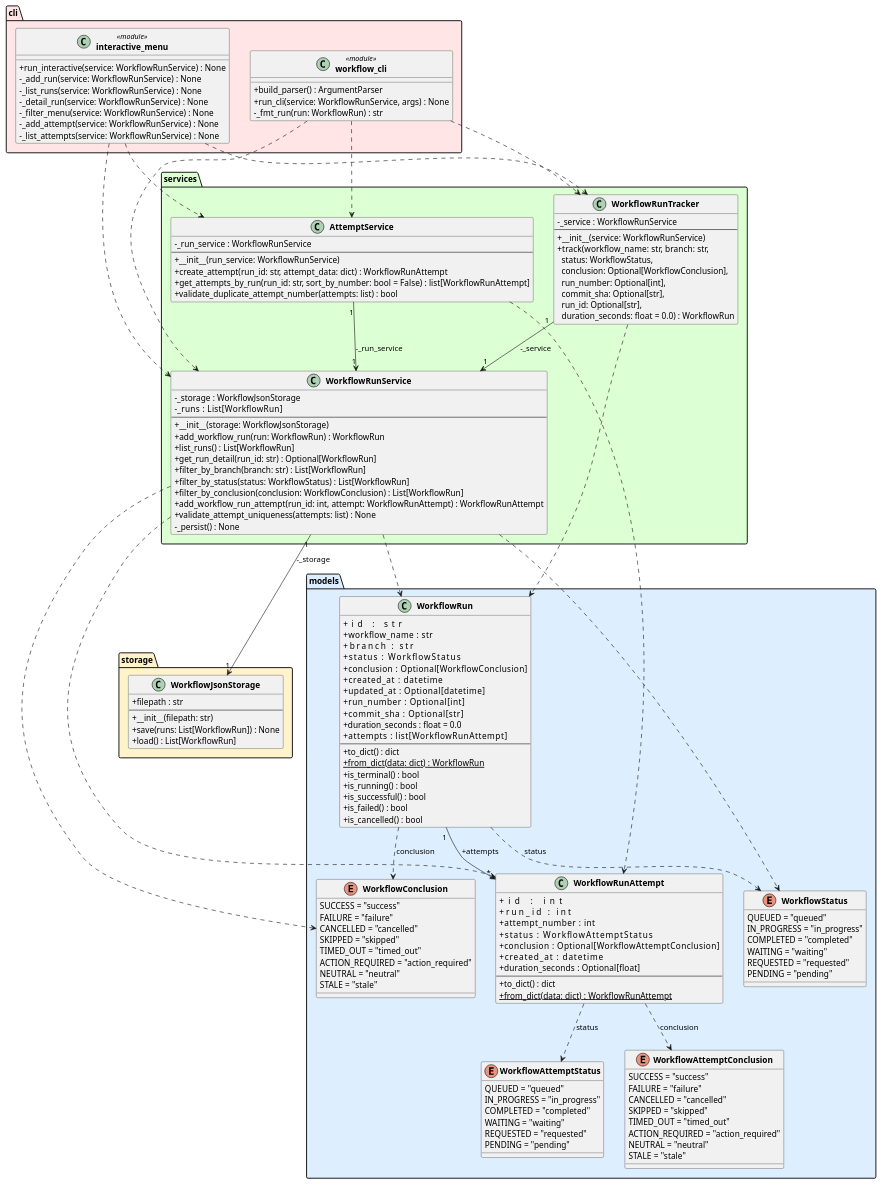
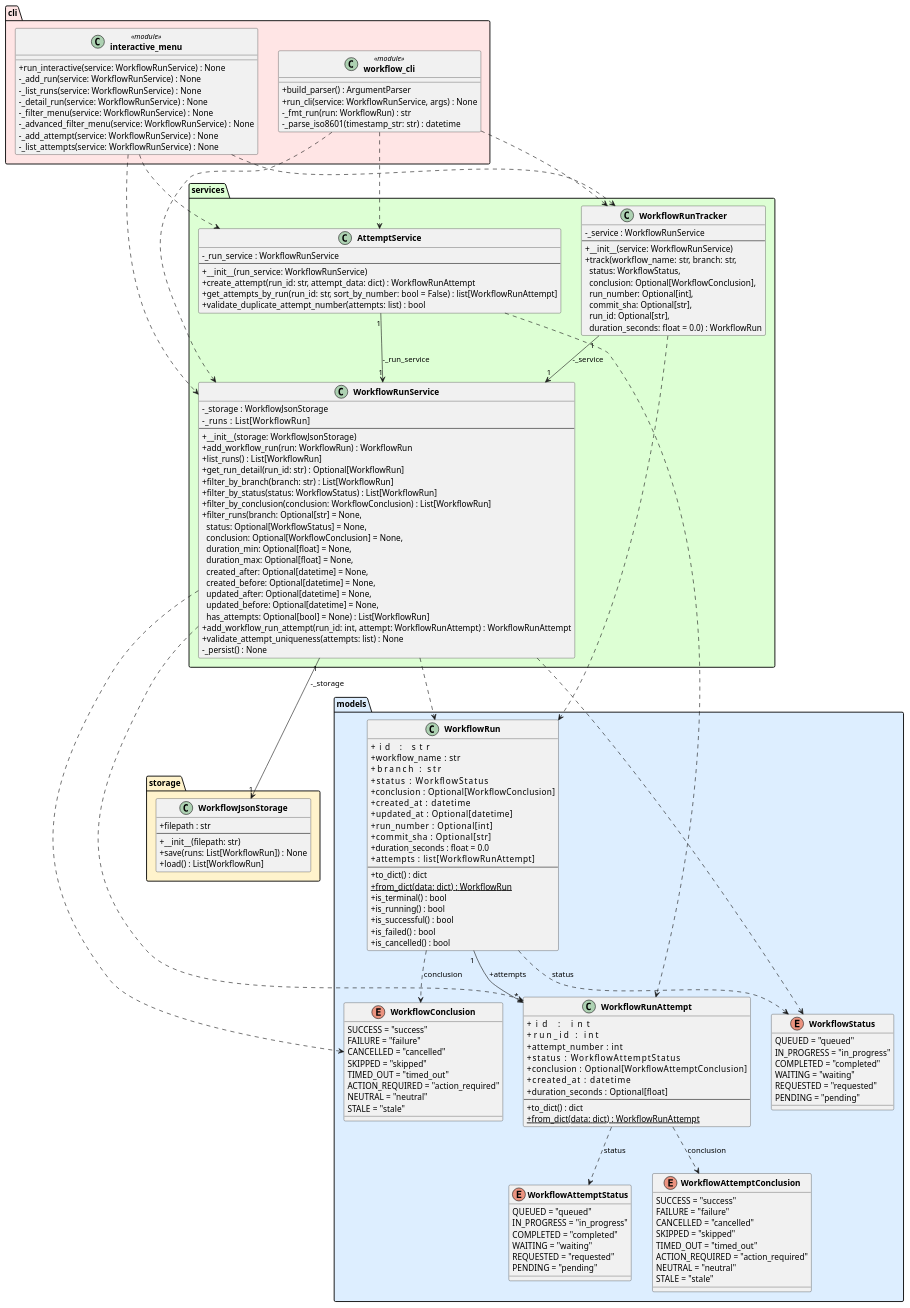
One commit to DanielRiha8906/Software_autoevolution_using_agents changed the diagram in experiments/supervisor_as_tools/user_stories/github-workflow-manager/artifacts/class_diagram.puml. Above: the diagram before and after it, drawn with PlantUML. The commit also changed 5 other files, not shown here.

First line of the commit message:
task 05 | supervisor_as_tools / user_stories / github-workflow-manager | Implement programmatic filtering interface for workflow runs

```diff
--- a/experiments/supervisor_as_tools/user_stories/github-workflow-manager/artifacts/class_diagram.puml
+++ b/experiments/supervisor_as_tools/user_stories/github-workflow-manager/artifacts/class_diagram.puml
@@ -1,166 +1,169 @@
 @startuml class_diagram
 
 skinparam classAttributeIconSize 0
 skinparam classFontStyle bold
 
 package "models" #DDEEFF {
     enum WorkflowStatus {
         QUEUED = "queued"
         IN_PROGRESS = "in_progress"
         COMPLETED = "completed"
         WAITING = "waiting"
         REQUESTED = "requested"
         PENDING = "pending"
     }
 
     enum WorkflowConclusion {
         SUCCESS = "success"
         FAILURE = "failure"
         CANCELLED = "cancelled"
         SKIPPED = "skipped"
         TIMED_OUT = "timed_out"
         ACTION_REQUIRED = "action_required"
         NEUTRAL = "neutral"
         STALE = "stale"
     }
 
     enum WorkflowAttemptStatus {
         QUEUED = "queued"
         IN_PROGRESS = "in_progress"
         COMPLETED = "completed"
         WAITING = "waiting"
         REQUESTED = "requested"
         PENDING = "pending"
     }
 
     enum WorkflowAttemptConclusion {
         SUCCESS = "success"
         FAILURE = "failure"
         CANCELLED = "cancelled"
         SKIPPED = "skipped"
         TIMED_OUT = "timed_out"
         ACTION_REQUIRED = "action_required"
         NEUTRAL = "neutral"
         STALE = "stale"
     }
 
     class WorkflowRun {
         +id               : str
         +workflow_name    : str
         +branch           : str
         +status           : WorkflowStatus
         +conclusion       : Optional[WorkflowConclusion]
         +created_at       : datetime
         +updated_at       : Optional[datetime]
         +run_number       : Optional[int]
         +commit_sha       : Optional[str]
         +duration_seconds : float = 0.0
         +attempts         : list[WorkflowRunAttempt]
         --
         +to_dict() : dict
         +{static} from_dict(data: dict) : WorkflowRun
         +is_terminal() : bool
         +is_running() : bool
         +is_successful() : bool
         +is_failed() : bool
         +is_cancelled() : bool
     }
 
     class WorkflowRunAttempt {
         +id                 : int
         +run_id             : int
         +attempt_number     : int
         +status             : WorkflowAttemptStatus
         +conclusion         : Optional[WorkflowAttemptConclusion]
         +created_at         : datetime
         +duration_seconds   : Optional[float]
         --
         +to_dict() : dict
         +{static} from_dict(data: dict) : WorkflowRunAttempt
     }
 }
 
 package "storage" #FFF3CC {
     class WorkflowJsonStorage {
         +filepath : str
         --
         +__init__(filepath: str)
         +save(runs: List[WorkflowRun]) : None
         +load() : List[WorkflowRun]
     }
 }
 
 package "services" #DDFFD4 {
     class WorkflowRunService {
         -_storage : WorkflowJsonStorage
         -_runs    : List[WorkflowRun]
         --
         +__init__(storage: WorkflowJsonStorage)
         +add_workflow_run(run: WorkflowRun) : WorkflowRun
         +list_runs() : List[WorkflowRun]
         +get_run_detail(run_id: str) : Optional[WorkflowRun]
         +filter_by_branch(branch: str) : List[WorkflowRun]
         +filter_by_status(status: WorkflowStatus) : List[WorkflowRun]
         +filter_by_conclusion(conclusion: WorkflowConclusion) : List[WorkflowRun]
+        +filter_runs(branch: Optional[str] = None,\n  status: Optional[WorkflowStatus] = None,\n  conclusion: Optional[WorkflowConclusion] = None,\n  duration_min: Optional[float] = None,\n  duration_max: Optional[float] = None,\n  created_after: Optional[datetime] = None,\n  created_before: Optional[datetime] = None,\n  updated_after: Optional[datetime] = None,\n  updated_before: Optional[datetime] = None,\n  has_attempts: Optional[bool] = None) : List[WorkflowRun]
         +add_workflow_run_attempt(run_id: int, attempt: WorkflowRunAttempt) : WorkflowRunAttempt
         +validate_attempt_uniqueness(attempts: list) : None
         -_persist() : None
     }
 
     class WorkflowRunTracker {
         -_service : WorkflowRunService
         --
         +__init__(service: WorkflowRunService)
         +track(workflow_name: str, branch: str,\n  status: WorkflowStatus,\n  conclusion: Optional[WorkflowConclusion],\n  run_number: Optional[int],\n  commit_sha: Optional[str],\n  run_id: Optional[str],\n  duration_seconds: float = 0.0) : WorkflowRun
     }
 
     class AttemptService {
         -_run_service : WorkflowRunService
         --
         +__init__(run_service: WorkflowRunService)
         +create_attempt(run_id: str, attempt_data: dict) : WorkflowRunAttempt
         +get_attempts_by_run(run_id: str, sort_by_number: bool = False) : list[WorkflowRunAttempt]
         +validate_duplicate_attempt_number(attempts: list) : bool
     }
 }
 
 package "cli" #FFE5E5 {
     class "workflow_cli" <<module>> {
         +build_parser() : ArgumentParser
         +run_cli(service: WorkflowRunService, args) : None
         -_fmt_run(run: WorkflowRun) : str
+        -_parse_iso8601(timestamp_str: str) : datetime
     }
 
     class "interactive_menu" <<module>> {
         +run_interactive(service: WorkflowRunService) : None
         -_add_run(service: WorkflowRunService) : None
         -_list_runs(service: WorkflowRunService) : None
         -_detail_run(service: WorkflowRunService) : None
         -_filter_menu(service: WorkflowRunService) : None
+        -_advanced_filter_menu(service: WorkflowRunService) : None
         -_add_attempt(service: WorkflowRunService) : None
         -_list_attempts(service: WorkflowRunService) : None
     }
 }
 
 WorkflowRun                ..>  WorkflowStatus           : status
 WorkflowRun                ..>  WorkflowConclusion       : conclusion
 WorkflowRun            "1" --> "*" WorkflowRunAttempt    : +attempts
 WorkflowRunAttempt         ..>  WorkflowAttemptStatus    : status
 WorkflowRunAttempt         ..>  WorkflowAttemptConclusion : conclusion
 WorkflowRunService    "1" --> "1" WorkflowJsonStorage : -_storage
 WorkflowRunService         ..>  WorkflowRun
 WorkflowRunService         ..>  WorkflowStatus
 WorkflowRunService         ..>  WorkflowConclusion
 WorkflowRunService         ..>  WorkflowRunAttempt
 WorkflowRunTracker    "1" --> "1" WorkflowRunService  : -_service
 WorkflowRunTracker         ..>  WorkflowRun
 AttemptService       "1" --> "1" WorkflowRunService  : -_run_service
 AttemptService             ..>  WorkflowRunAttempt
 "workflow_cli"             ..>  WorkflowRunService
 "workflow_cli"             ..>  WorkflowRunTracker
 "workflow_cli"             ..>  AttemptService
 "interactive_menu"         ..>  WorkflowRunService
 "interactive_menu"         ..>  WorkflowRunTracker
 "interactive_menu"         ..>  AttemptService
 
 @enduml
```
